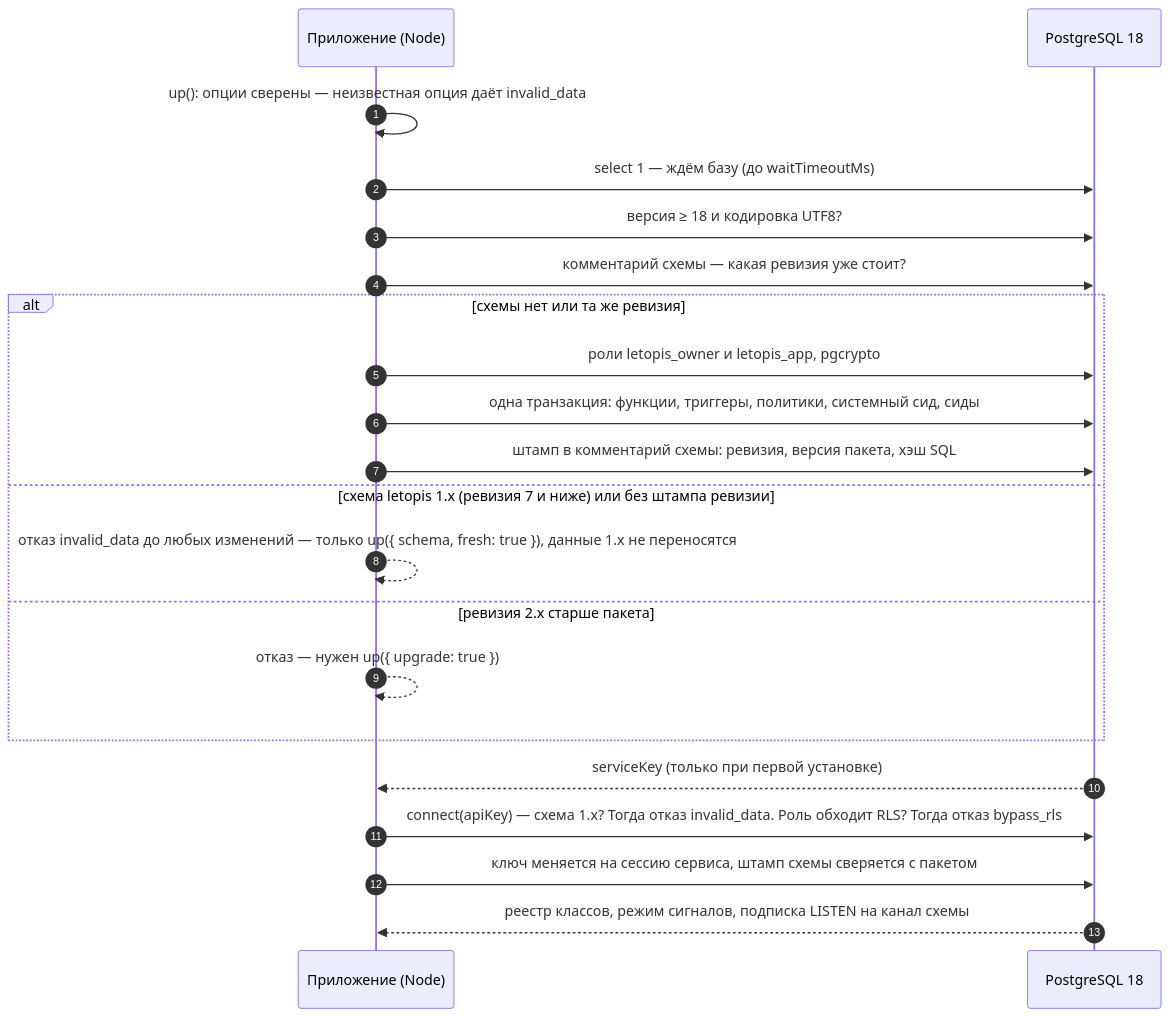
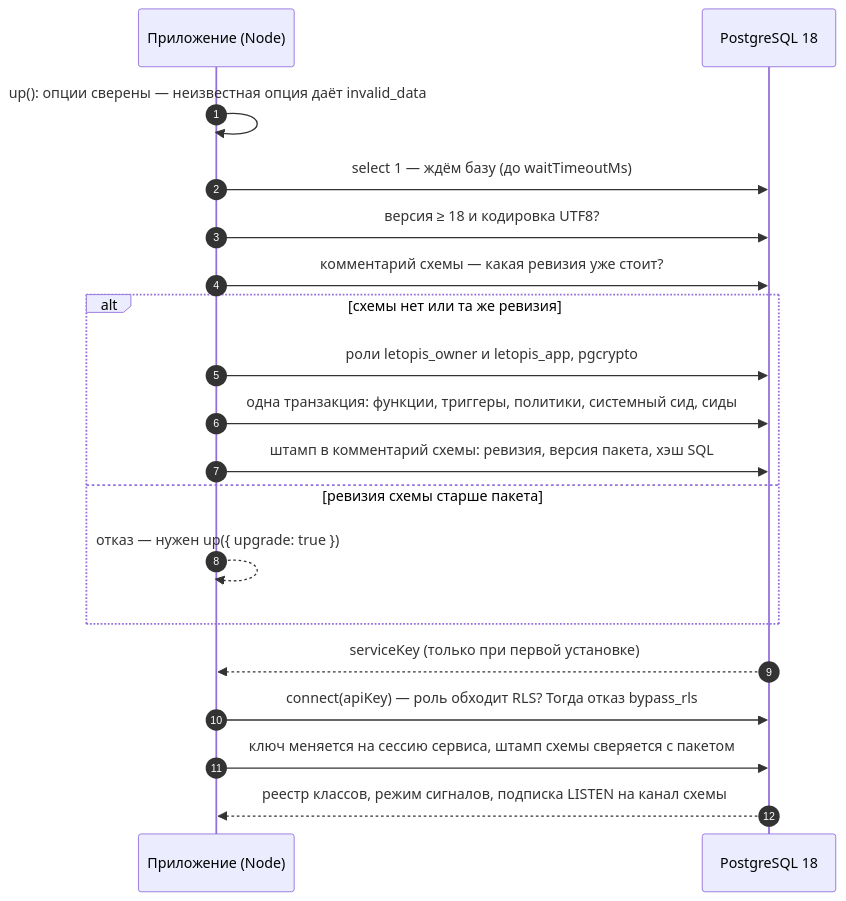
Before and after one commit to alepri51/letopis: the diagram in guide/pages/install/index.md, drawn with Mermaid. The commit also changed other lines of this file and 14 other files, not shown here.

````diff
--- a/guide/pages/install/index.md
+++ b/guide/pages/install/index.md
@@ -33,23 +33,21 @@
 ```mermaid
 sequenceDiagram
   autonumber
   participant App as Приложение (Node)
   participant PG as PostgreSQL 18
   App->>App: up(): опции сверены — неизвестная опция даёт invalid_data
   App->>PG: select 1 — ждём базу (до waitTimeoutMs)
   App->>PG: версия ≥ 18 и кодировка UTF8?
   App->>PG: комментарий схемы — какая ревизия уже стоит?
   alt схемы нет или та же ревизия
     App->>PG: роли letopis_owner и letopis_app, pgcrypto
     App->>PG: одна транзакция: функции, триггеры, политики, системный сид, сиды
     App->>PG: штамп в комментарий схемы: ревизия, версия пакета, хэш SQL
-  else схема letopis 1.x (ревизия 7 и ниже) или без штампа ревизии
-    App-->>App: отказ invalid_data до любых изменений — только up({ schema, fresh: true }), данные 1.x не переносятся
-  else ревизия 2.x старше пакета
+  else ревизия схемы старше пакета
     App-->>App: отказ — нужен up({ upgrade: true })
   end
   PG-->>App: serviceKey (только при первой установке)
-  App->>PG: connect(apiKey) — схема 1.x? Тогда отказ invalid_data. Роль обходит RLS? Тогда отказ bypass_rls
+  App->>PG: connect(apiKey) — роль обходит RLS? Тогда отказ bypass_rls
   App->>PG: ключ меняется на сессию сервиса, штамп схемы сверяется с пакетом
   PG-->>App: реестр классов, режим сигналов, подписка LISTEN на канал схемы
 ```
````
